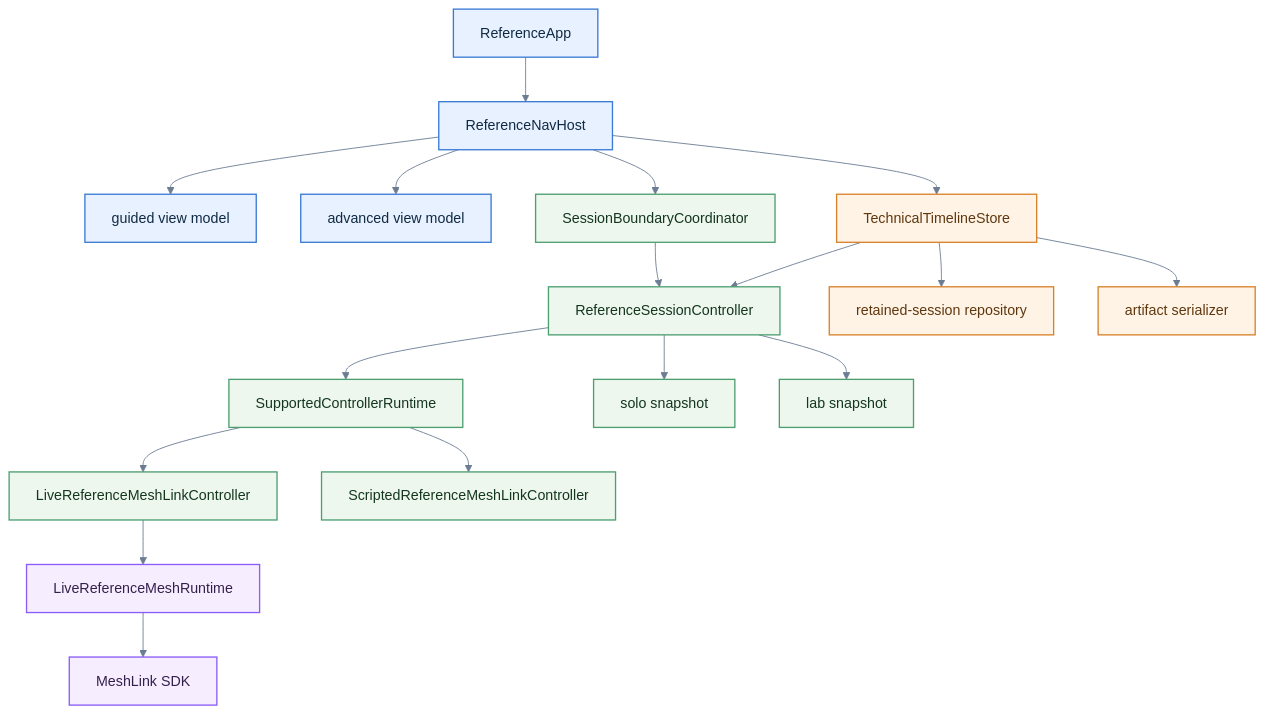
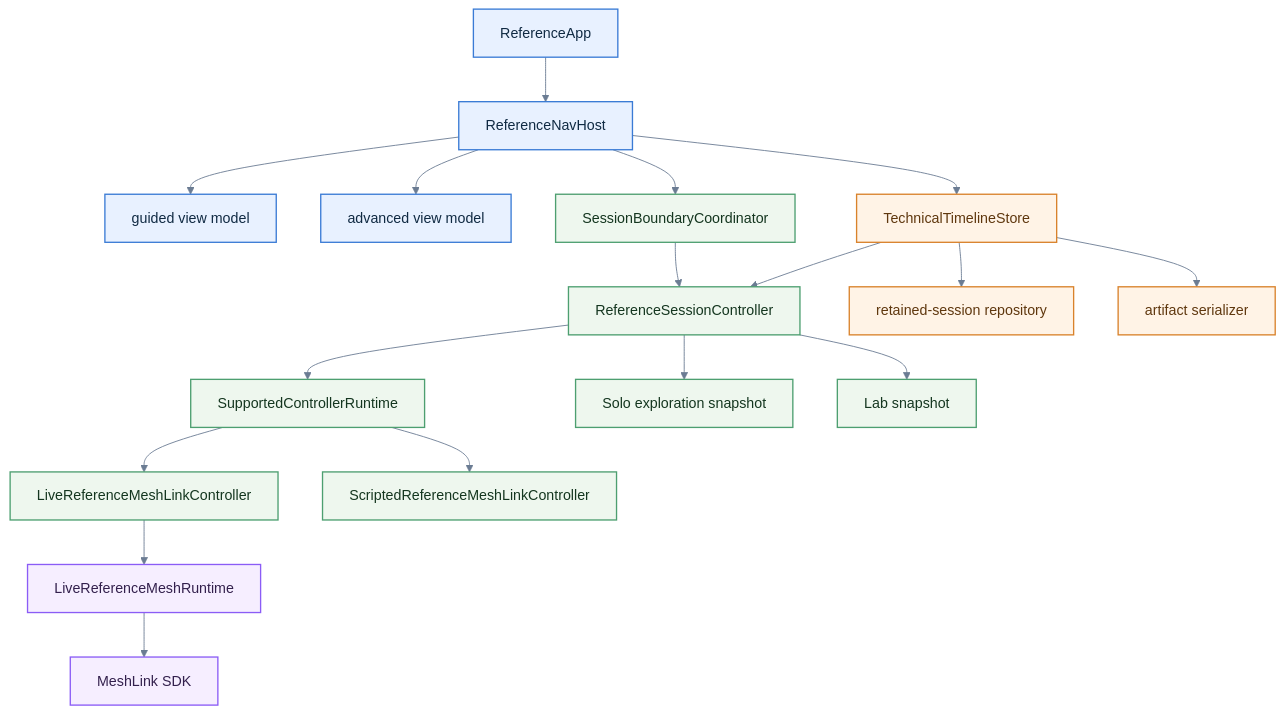
One commit to trancee/MeshLink changed the third of 4 diagrams in docs/explanation/about-the-repository-architecture.md. Above: the diagram before and after it, drawn with Mermaid. The commit also changed other lines of this file and 19 other files, not shown here.

````diff
--- a/docs/explanation/about-the-repository-architecture.md
+++ b/docs/explanation/about-the-repository-architecture.md
@@ -165,32 +165,32 @@
 ```mermaid
 %%{init: {"theme": "base", "themeVariables": {"background": "#ffffff", "primaryColor": "#E8F1FF", "primaryBorderColor": "#3A7BD5", "primaryTextColor": "#102A43", "lineColor": "#6B7C93", "secondaryColor": "#EEF7EE", "tertiaryColor": "#FFF3E6", "clusterBkg": "#F8FAFC", "clusterBorder": "#B8C4D6", "fontFamily": "Inter, ui-sans-serif, system-ui"}}}%%
 flowchart TD
     App["ReferenceApp"] --> Nav["ReferenceNavHost"]
     Nav --> Guided["guided view model"]
     Nav --> Advanced["advanced view model"]
     Nav --> Boundary["SessionBoundaryCoordinator"]
     Nav --> Timeline["TechnicalTimelineStore"]
 
     Boundary --> Sessions["ReferenceSessionController"]
     Timeline --> Sessions
     Timeline --> History["retained-session repository"]
     Timeline --> Export["artifact serializer"]
 
     Sessions --> Supported["SupportedControllerRuntime"]
     Supported --> Live["LiveReferenceMeshLinkController"]
     Supported --> Scripted["ScriptedReferenceMeshLinkController"]
     Live --> LiveRuntime["LiveReferenceMeshRuntime"]
     LiveRuntime --> Mesh["MeshLink SDK"]
 
-    Sessions --> Solo["solo snapshot"]
-    Sessions --> Lab["lab snapshot"]
+    Sessions --> Solo["Solo exploration snapshot"]
+    Sessions --> Lab["Lab snapshot"]
 
     classDef shell fill:#E8F1FF,stroke:#3A7BD5,color:#102A43,stroke-width:1.5px;
     classDef session fill:#EEF7EE,stroke:#4D9F70,color:#14361F,stroke-width:1.5px;
     classDef evidence fill:#FFF3E6,stroke:#D9822B,color:#5F370E,stroke-width:1.5px;
     classDef sdk fill:#F6EEFF,stroke:#8B5CF6,color:#33204D,stroke-width:1.5px;
     class App,Nav,Guided,Advanced shell;
     class Boundary,Sessions,Supported,Live,Scripted,Solo,Lab session;
     class Timeline,History,Export evidence;
     class LiveRuntime,Mesh sdk;
 ```
````
